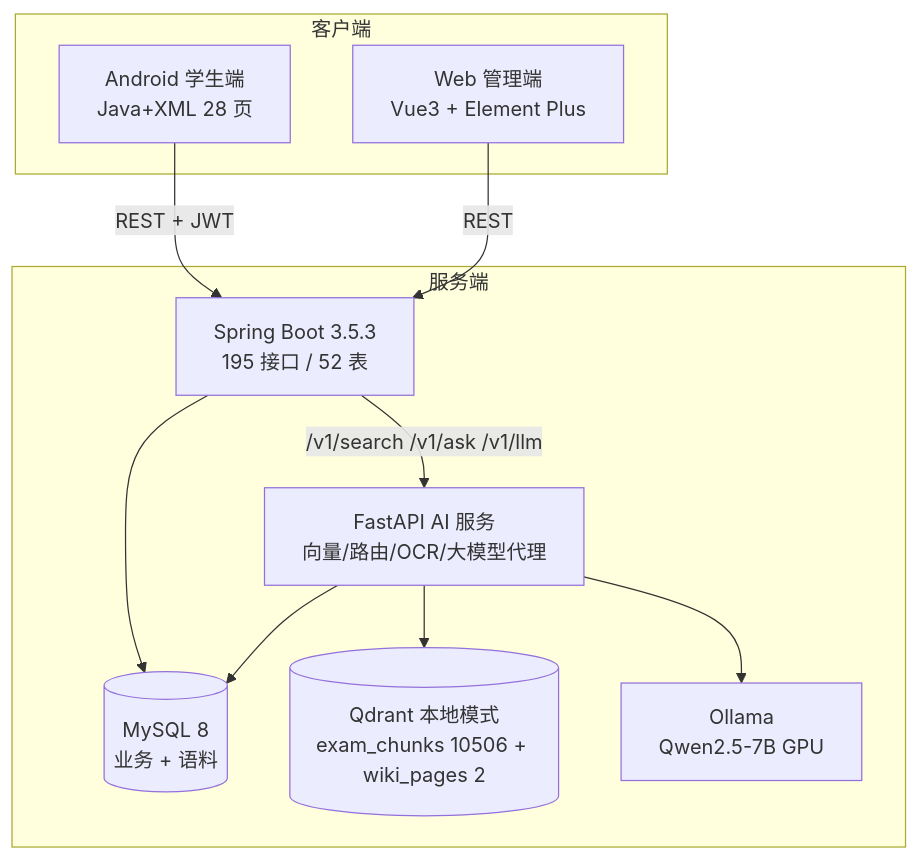
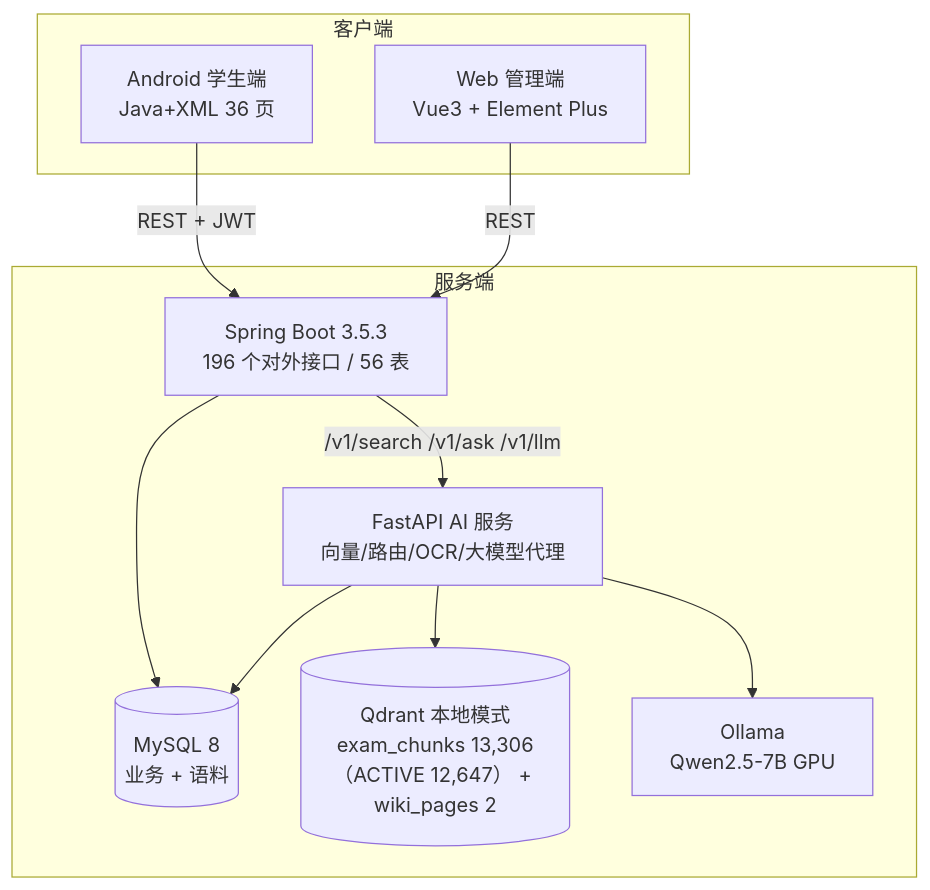
The diagram in docs/大纲-v3-当前实现.md (aneigeer/ExamPilot), drawn with Mermaid before and after one commit. The commit also changed other lines of this file and 110 other files, not shown here.

````diff
--- a/docs/大纲-v3-当前实现.md
+++ b/docs/大纲-v3-当前实现.md
@@ -204,21 +206,21 @@
 ```mermaid
 graph TB
     subgraph 客户端
-        A[Android 学生端<br/>Java+XML 28 页]
+        A[Android 学生端<br/>Java+XML 36 页]
         B[Web 管理端<br/>Vue3 + Element Plus]
     end
     subgraph 服务端
-        C[Spring Boot 3.5.3<br/>195 接口 / 52 表]
+        C[Spring Boot 3.5.3<br/>196 个对外接口 / 56 表]
         D[FastAPI AI 服务<br/>向量/路由/OCR/大模型代理]
         E[(MySQL 8<br/>业务 + 语料)]
-        F[(Qdrant 本地模式<br/>exam_chunks 10506 + wiki_pages 2)]
+        F[(Qdrant 本地模式<br/>exam_chunks 13,306（ACTIVE 12,647） + wiki_pages 2)]
         G[Ollama<br/>Qwen2.5-7B GPU]
     end
     A -->|REST + JWT| C
     B -->|REST| C
     C -->|/v1/search /v1/ask /v1/llm| D
     C --> E
     D --> E
     D --> F
     D --> G
 ```
````
